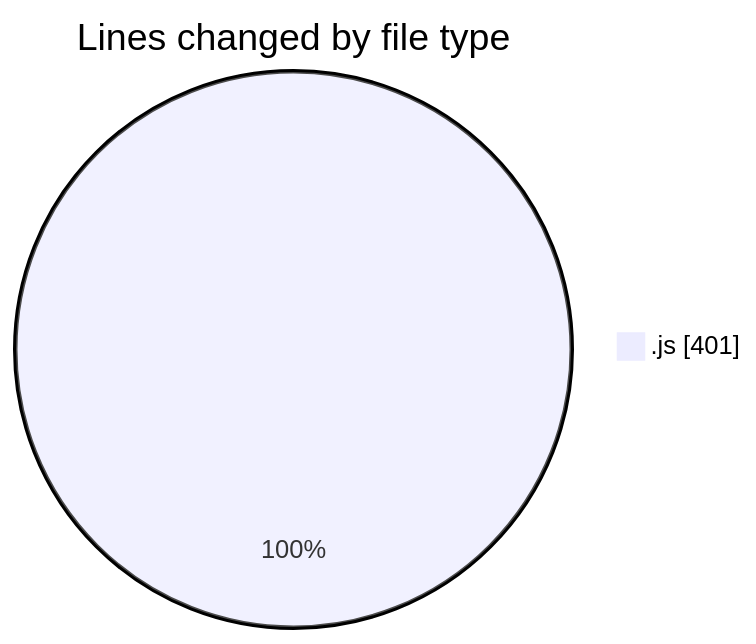
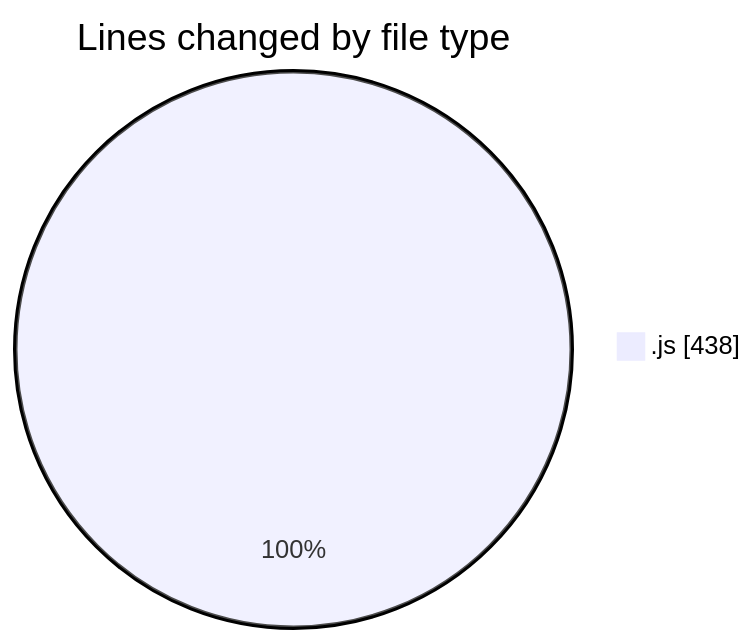
Before and after one commit to momahboobian/code-tracking: the first of 2 diagrams in 2025-02-04/cda/README.md, drawn with Mermaid. The commit also changed other lines of this file and 1 other file, not shown here.

````diff
--- a/2025-02-04/cda/README.md
+++ b/2025-02-04/cda/README.md
@@ -20,5 +20,5 @@
 ```mermaid
 pie showData
 title Lines changed by file type
-".js" : 401
+".js" : 438
 ```
````
